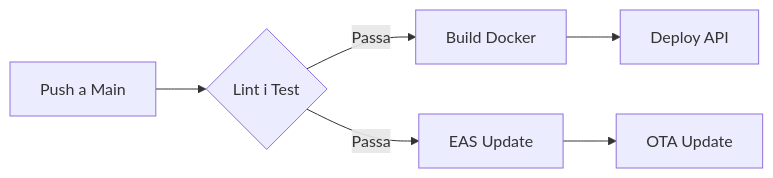
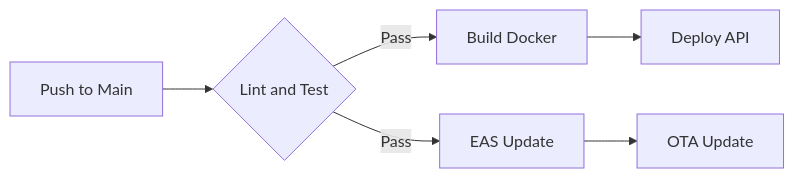
Before and after one commit to cdc-grup/app_lattice_project: the diagram in docs/DEPLOYMENT.md, drawn with Mermaid. The commit also changed other lines of this file and 13 other files, not shown here.

````diff
--- a/docs/DEPLOYMENT.md
+++ b/docs/DEPLOYMENT.md
@@ -62,8 +62,8 @@
 ```mermaid
 graph LR
-    A[Push a Main] --> B{Lint i Test}
-    B -- Passa --> C[Build Docker]
+    A[Push to Main] --> B{Lint and Test}
+    B -- Pass --> C[Build Docker]
     C --> D[Deploy API]
-    B -- Passa --> E[EAS Update]
+    B -- Pass --> E[EAS Update]
     E --> F[OTA Update]
 ```
````
